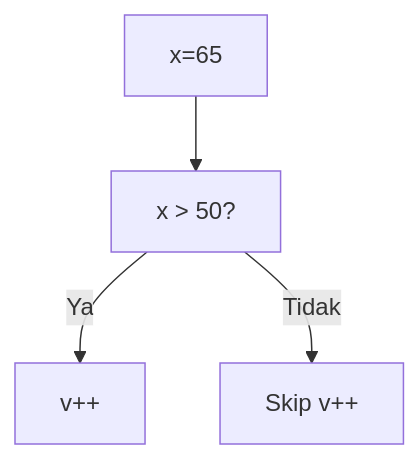
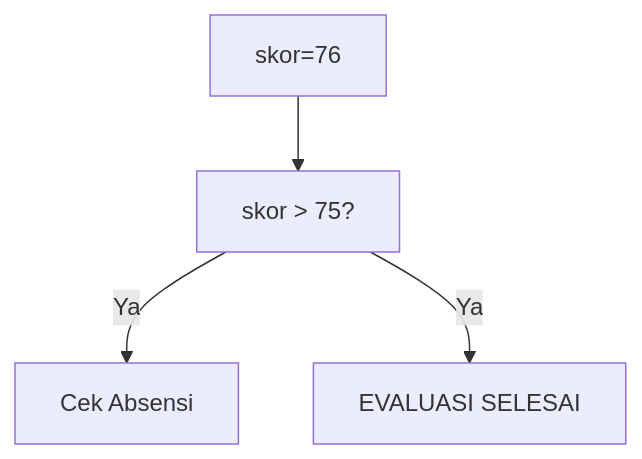
One commit to amnahwaida/OSNK_INF_PREP changed the second of 25 diagrams in part-c-pemahaman-cpp/02-percabangan/latihan/set-05.md. Above: the diagram before and after it, drawn with Mermaid. The commit also changed other lines of this file and 71 other files, not shown here.

````diff
--- a/part-c-pemahaman-cpp/02-percabangan/latihan/set-05.md
+++ b/part-c-pemahaman-cpp/02-percabangan/latihan/set-05.md
@@ -49,6 +52,6 @@
 ```mermaid
 graph TD
-A["x=65"] --> B["x > 50?"]
-B -- Ya --> C["v++"]
-B -- Tidak --> D["Skip v++"]
+A["skor=76"] --> B["skor > 75?"]
+B -- Ya --> C["Cek Absensi"]
+B -- Ya --> D["EVALUASI SELESAI"]
 ```
````
